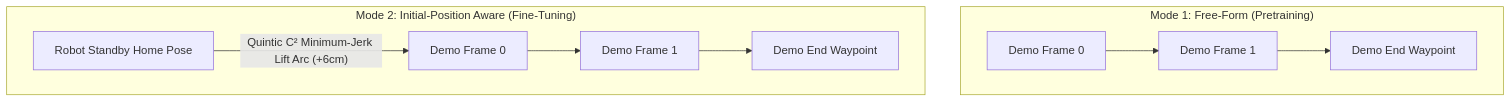
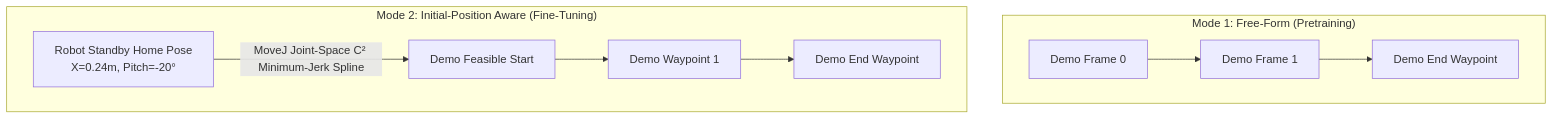
Before and after one commit to FalightSK/omni-kin: the fourth of 4 diagrams in README.md, drawn with Mermaid. The commit also changed other lines of this file and 1 other file, not shown here.

Commit message:
docs: update README and CONTINUITY with auto-trim, MoveJ approach, and test suite

````diff
--- a/README.md
+++ b/README.md
@@ -337,13 +338,13 @@
 ```mermaid
 flowchart TD
     subgraph Mode1["Mode 1: Free-Form (Pretraining)"]
         direction LR
         F0["Demo Frame 0"] --> F1["Demo Frame 1"] --> FEnd["Demo End Waypoint"]
     end
 
     subgraph Mode2["Mode 2: Initial-Position Aware (Fine-Tuning)"]
         direction LR
-        Home["Robot Standby Home Pose"] -->|"Quintic C² Minimum-Jerk Lift Arc (+6cm)"| D0["Demo Frame 0"]
-        D0 --> D1["Demo Frame 1"] --> DEnd["Demo End Waypoint"]
+        Home["Robot Standby Home Pose<br/>X=0.24m, Pitch=-20°"] -->|"MoveJ Joint-Space C² Minimum-Jerk Spline"| D0["Demo Feasible Start"]
+        D0 --> D1["Demo Waypoint 1"] --> DEnd["Demo End Waypoint"]
     end
 ```
````
